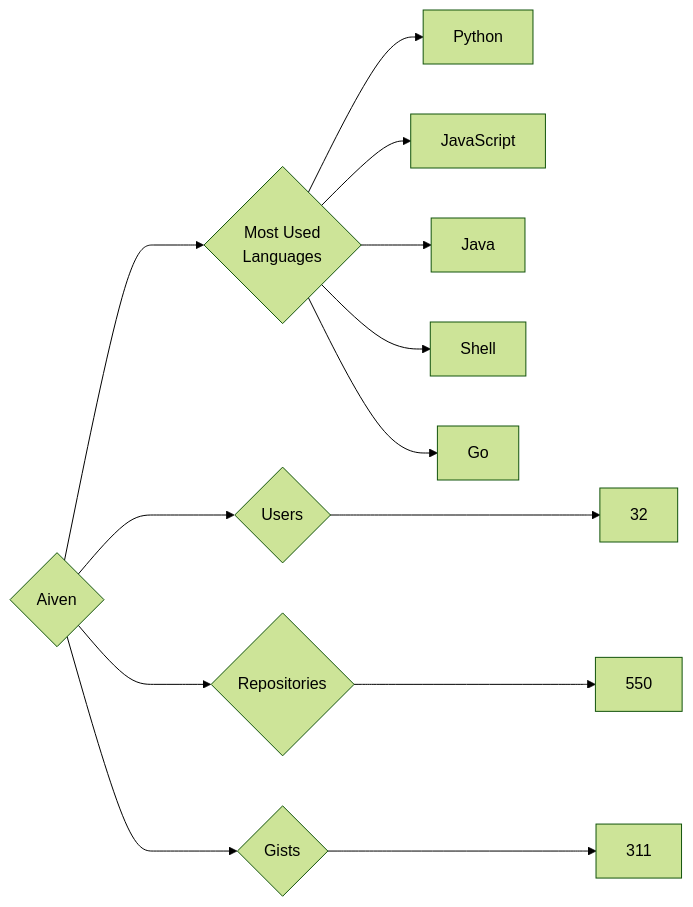
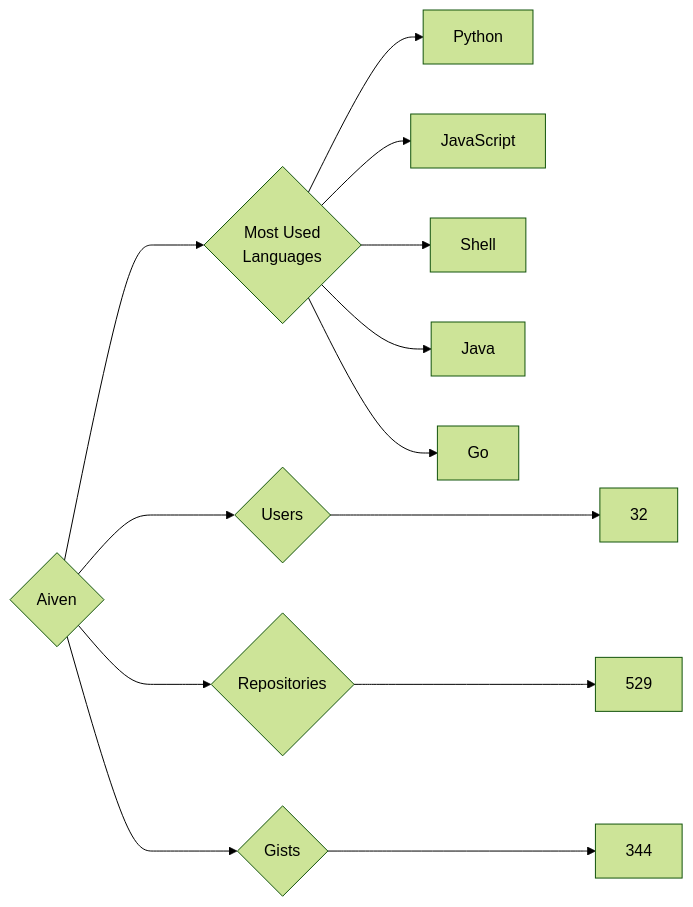
Before and after one commit to trickest/insiders: the diagram in targets/Aiven/README.md, drawn with Mermaid (forest theme). The commit also changed 895 other files, not shown here.

````diff
--- a/targets/Aiven/README.md
+++ b/targets/Aiven/README.md
@@ -3,13 +3,13 @@
 ```mermaid
 graph LR
 COMPANY_NAME{Aiven}
 COMPANY_NAME ---> U{Users} ---> UN[32]
-COMPANY_NAME ---> R{Repositories} ---> RN[550]
-COMPANY_NAME ---> G{Gists} ---> GN[311]
+COMPANY_NAME ---> R{Repositories} ---> RN[529]
+COMPANY_NAME ---> G{Gists} ---> GN[344]
 COMPANY_NAME ---> ML{Most Used<br>Languages}
 ML --> Python[Python]
 ML --> JavaScript[JavaScript]
+ML --> Shell[Shell]
 ML --> Java[Java]
-ML --> Shell[Shell]
 ML --> Go[Go]
 ```
````
